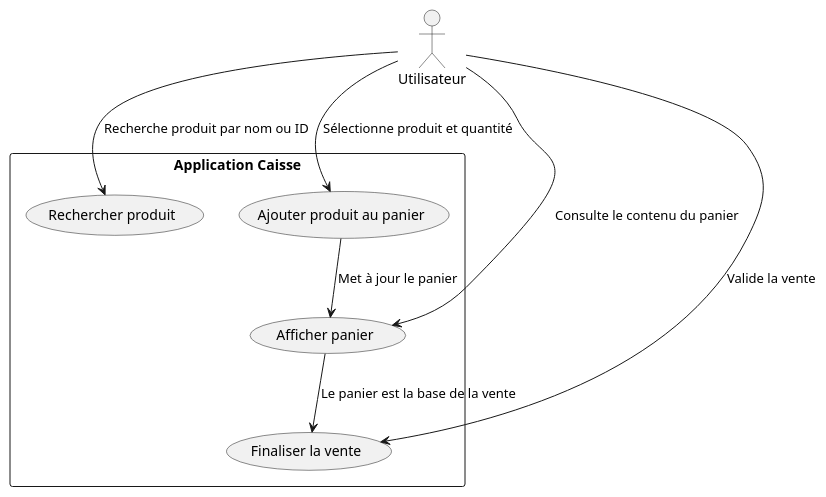
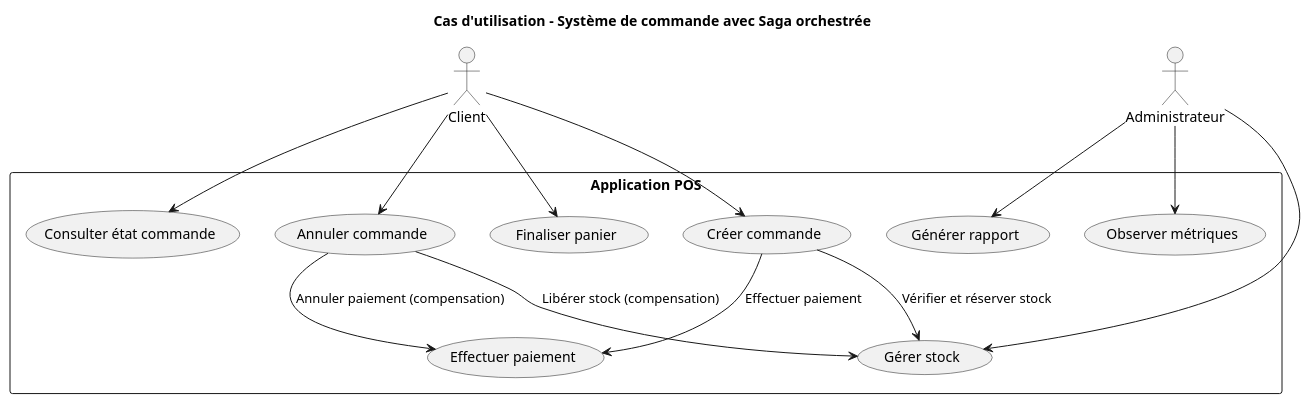
Before and after one commit to CedricBosseETS/Lab0_CedricBosse: the fourth of 5 diagrams in docs/Rapport.md, drawn with PlantUML. The commit also changed other lines of this file and 3 other files, not shown here.

````diff
--- a/docs/Rapport.md
+++ b/docs/Rapport.md
@@ -271,21 +352,39 @@
 ```plantuml
 @startuml
-actor "Utilisateur" as User
+title Cas d'utilisation - Système de commande avec Saga orchestrée
 
-rectangle "Application Caisse" {
-  usecase "Rechercher produit" as UC1
-  usecase "Ajouter produit au panier" as UC2
-  usecase "Afficher panier" as UC3
-  usecase "Finaliser la vente" as UC4
+actor Client
+actor "Administrateur" as Admin
+
+rectangle "Application POS" {
+  
+  usecase "Finaliser panier" as UC1
+  usecase "Créer commande" as UC2
+  usecase "Consulter état commande" as UC3
+  usecase "Annuler commande" as UC4
+  
+  usecase "Gérer stock" as UC5
+  usecase "Effectuer paiement" as UC6
+  usecase "Générer rapport" as UC7
+  usecase "Observer métriques" as UC8
 }
 
-User --> UC1 : Recherche produit par nom ou ID
-User --> UC2 : Sélectionne produit et quantité
-User --> UC3 : Consulte le contenu du panier
-User --> UC4 : Valide la vente
+Client --> UC1
+Client --> UC2
+Client --> UC3
+Client --> UC4
 
-UC2 --> UC3 : Met à jour le panier
-UC3 --> UC4 : Le panier est la base de la vente
+Admin --> UC5
+Admin --> UC7
+Admin --> UC8
+
+UC2 --> UC5 : Vérifier et réserver stock
+UC2 --> UC6 : Effectuer paiement
+
+UC4 --> UC5 : Libérer stock (compensation)
+UC4 --> UC6 : Annuler paiement (compensation)
 
 @enduml
+
+
 ```
````
